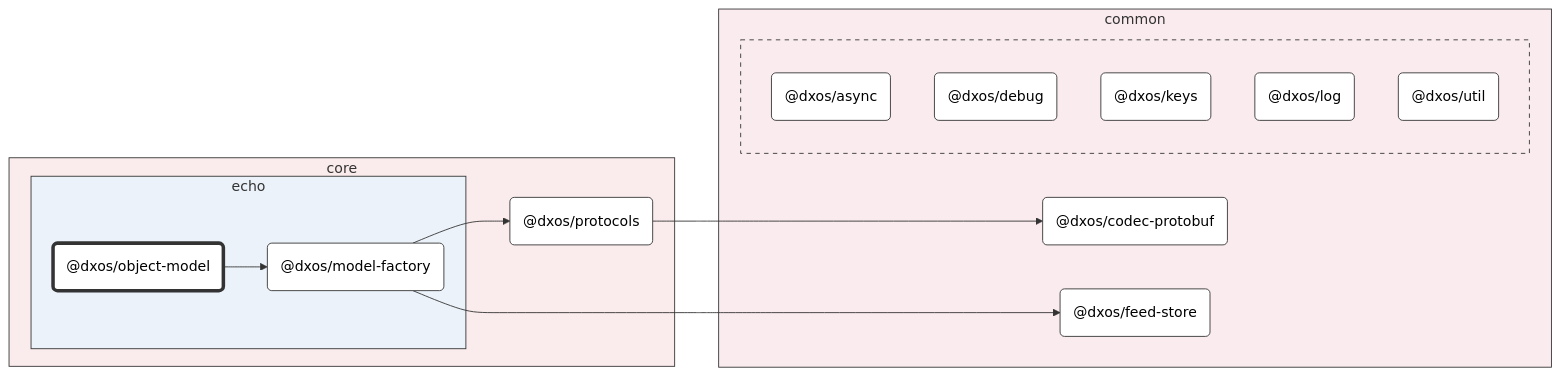
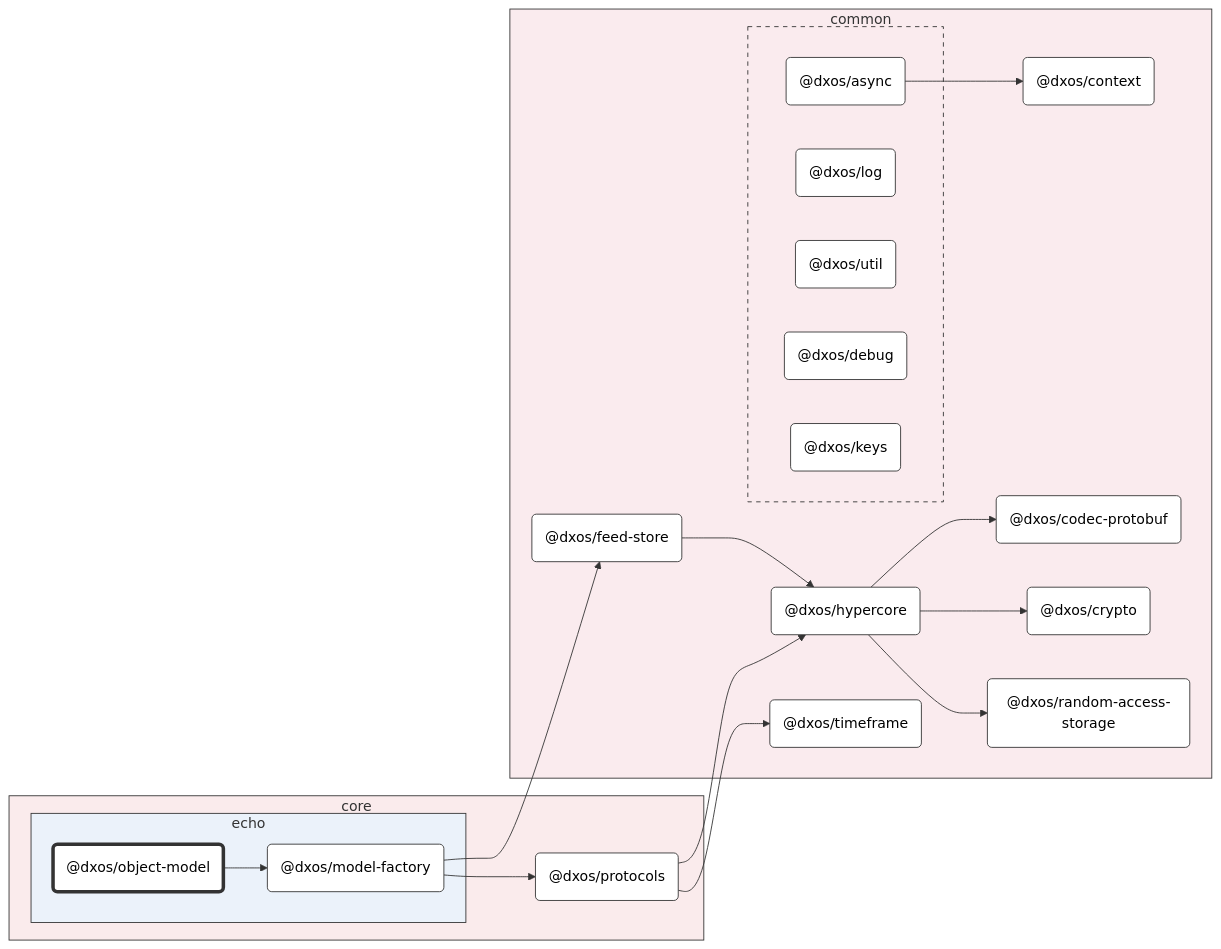
One commit to dxos/dxos changed the diagram in packages/core/echo/object-model/docs/README.md. Above: the diagram before and after it, drawn with Mermaid (forest theme). The commit also changed other lines of this file and 95 other files, not shown here.

Commit message:
Class diagrams.

````diff
--- a/packages/core/echo/object-model/docs/README.md
+++ b/packages/core/echo/object-model/docs/README.md
@@ -7,54 +7,70 @@
 ```mermaid
 %%{ init: {'flowchart':{'curve':'basis'}} }%%
 
 flowchart LR
 
 %% Classes
 classDef def fill:#fff,stroke:#333,stroke-width:1px
 classDef root fill:#fff,stroke:#333,stroke-width:4px
 
 %% Nodes
 
 subgraph core [core]
   style core fill:#faebec,stroke:#333
   dxos/protocols("@dxos/protocols"):::def
   click dxos/protocols "dxos/dxos/tree/main/packages/core/protocols/docs"
 
   subgraph echo [echo]
     style echo fill:#ebf2fa,stroke:#333
     dxos/object-model("@dxos/object-model"):::root
     click dxos/object-model "dxos/dxos/tree/main/packages/core/echo/object-model/docs"
     dxos/model-factory("@dxos/model-factory"):::def
     click dxos/model-factory "dxos/dxos/tree/main/packages/core/echo/model-factory/docs"
   end
 end
 
 subgraph common [common]
   style common fill:#faebee,stroke:#333
+  dxos/context("@dxos/context"):::def
+  click dxos/context "dxos/dxos/tree/main/packages/common/context/docs"
   dxos/codec-protobuf("@dxos/codec-protobuf"):::def
   click dxos/codec-protobuf "dxos/dxos/tree/main/packages/common/codec-protobuf/docs"
   dxos/feed-store("@dxos/feed-store"):::def
   click dxos/feed-store "dxos/dxos/tree/main/packages/common/feed-store/docs"
+  dxos/crypto("@dxos/crypto"):::def
+  click dxos/crypto "dxos/dxos/tree/main/packages/common/crypto/docs"
+  dxos/hypercore("@dxos/hypercore"):::def
+  click dxos/hypercore "dxos/dxos/tree/main/packages/common/hypercore/docs"
+  dxos/random-access-storage("@dxos/random-access-storage"):::def
+  click dxos/random-access-storage "dxos/dxos/tree/main/packages/common/random-access-storage/docs"
+  dxos/timeframe("@dxos/timeframe"):::def
+  click dxos/timeframe "dxos/dxos/tree/main/packages/common/timeframe/docs"
 
   subgraph _ [ ]
     style _ fill:#faebee,stroke:#333,stroke-dasharray:5 5
     dxos/async("@dxos/async"):::def
     click dxos/async "dxos/dxos/tree/main/packages/common/async/docs"
+    dxos/log("@dxos/log"):::def
+    click dxos/log "dxos/dxos/tree/main/packages/common/log/docs"
+    dxos/util("@dxos/util"):::def
+    click dxos/util "dxos/dxos/tree/main/packages/common/util/docs"
     dxos/debug("@dxos/debug"):::def
     click dxos/debug "dxos/dxos/tree/main/packages/common/debug/docs"
     dxos/keys("@dxos/keys"):::def
     click dxos/keys "dxos/dxos/tree/main/packages/common/keys/docs"
-    dxos/log("@dxos/log"):::def
-    click dxos/log "dxos/dxos/tree/main/packages/common/log/docs"
-    dxos/util("@dxos/util"):::def
-    click dxos/util "dxos/dxos/tree/main/packages/common/util/docs"
   end
 end
 
 %% Links
 linkStyle default stroke:#333,stroke-width:1px
+dxos/async --> dxos/context
 dxos/object-model --> dxos/model-factory
 dxos/model-factory --> dxos/feed-store
+dxos/feed-store --> dxos/hypercore
+dxos/hypercore --> dxos/codec-protobuf
+dxos/hypercore --> dxos/crypto
+dxos/hypercore --> dxos/random-access-storage
 dxos/model-factory --> dxos/protocols
-dxos/protocols --> dxos/codec-protobuf
+dxos/protocols --> dxos/hypercore
+dxos/protocols --> dxos/timeframe
 ```
````
